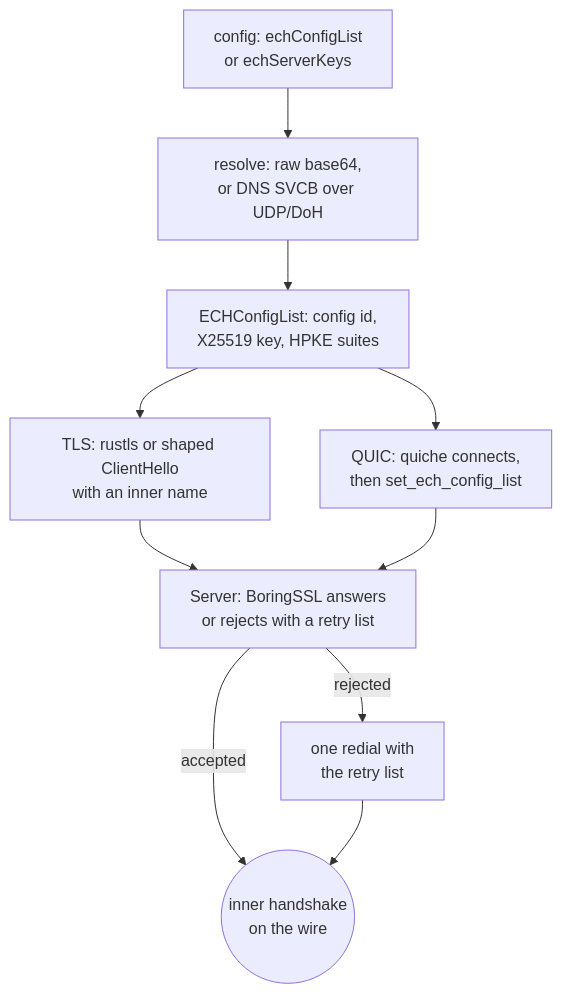
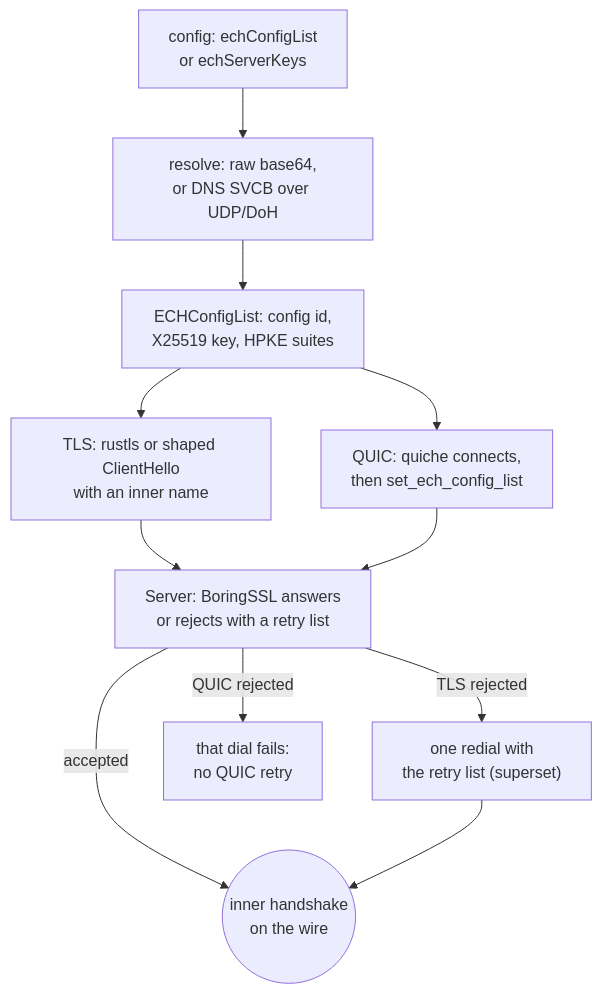
The diagram in docs/function/security-ech.md (Ferrocite/ferrox), drawn with Mermaid before and after one commit. The commit also changed other lines of this file and 3 other files, not shown here.

First line of the commit message:
ech: record the retry list as a superset

````diff
--- a/docs/function/security-ech.md
+++ b/docs/function/security-ech.md
@@ -9,12 +9,13 @@
 ```mermaid
 graph TD
     C["config: echConfigList<br/>or echServerKeys"] --> R["resolve: raw base64,<br/>or DNS SVCB over UDP/DoH"]
     R --> L["ECHConfigList: config id,<br/>X25519 key, HPKE suites"]
     L --> T["TLS: rustls or shaped ClientHello<br/>with an inner name"]
     L --> Q["QUIC: quiche connects,<br/>then set_ech_config_list"]
     T --> S["Server: BoringSSL answers<br/>or rejects with a retry list"]
     Q --> S
     S -->|accepted| W(("inner handshake<br/>on the wire"))
-    S -->|rejected| D["one redial with<br/>the retry list"]
+    S -->|TLS rejected| D["one redial with<br/>the retry list (superset)"]
     D --> W
+    S -->|QUIC rejected| X["that dial fails:<br/>no QUIC retry"]
 ```
````
